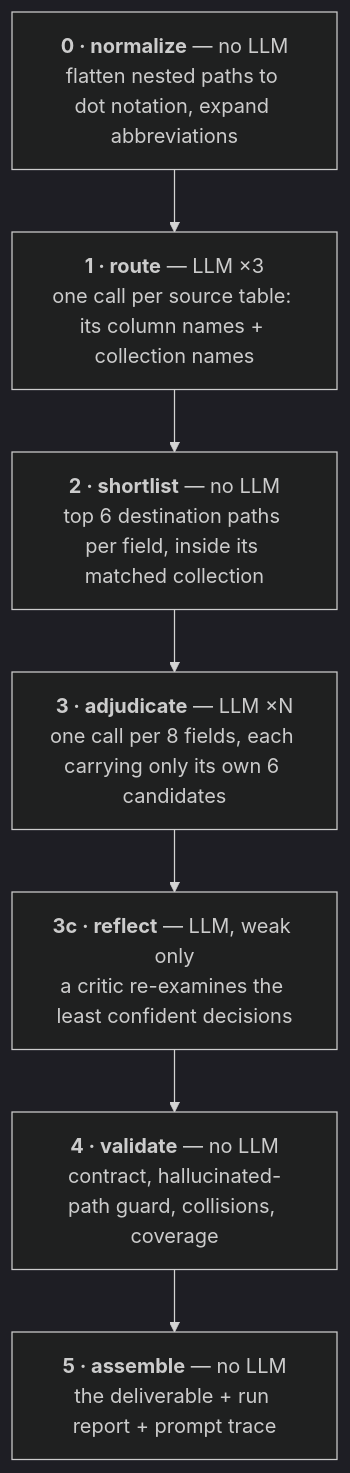
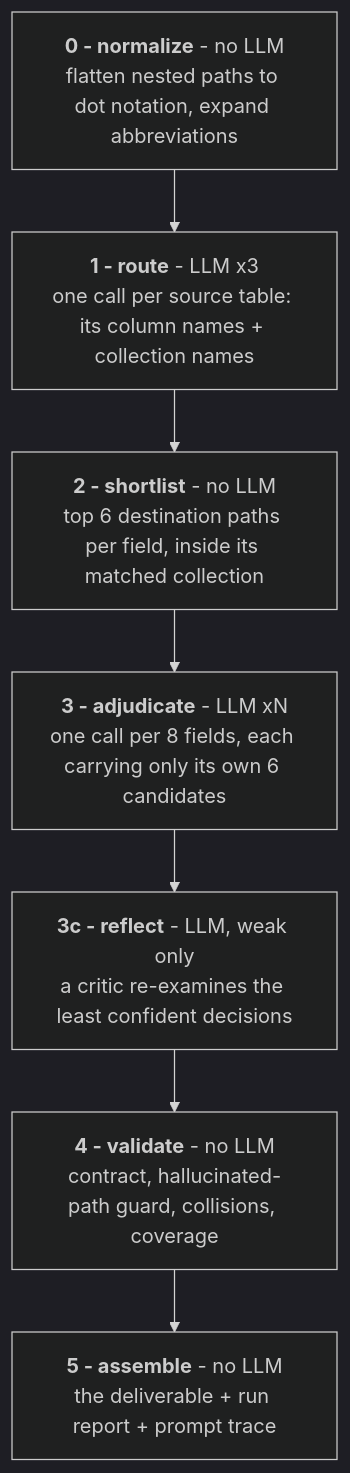
The first of 2 diagrams in README.md (Raviteja-Ainampudi/schema_field_mapper), drawn with Mermaid (dark theme) before and after one commit. The commit also changed 9 other files, not shown here.

First line of the commit message:
Refactor and enhance documentation for schema mapping tool

````diff
--- a/README.md
+++ b/README.md
@@ -36,12 +36,12 @@
 ```mermaid
 flowchart TD
-    s0["<b>0 · normalize</b> — no LLM<br/>flatten nested paths to dot notation, expand abbreviations"]
-    s1["<b>1 · route</b> — LLM ×3<br/>one call per source table: its column names + collection names"]
-    s2["<b>2 · shortlist</b> — no LLM<br/>top 6 destination paths per field, inside its matched collection"]
-    s3["<b>3 · adjudicate</b> — LLM ×N<br/>one call per 8 fields, each carrying only its own 6 candidates"]
-    s3c["<b>3c · reflect</b> — LLM, weak only<br/>a critic re-examines the least confident decisions"]
-    s4["<b>4 · validate</b> — no LLM<br/>contract, hallucinated-path guard, collisions, coverage"]
-    s5["<b>5 · assemble</b> — no LLM<br/>the deliverable + run report + prompt trace"]
+    s0["<b>0 - normalize</b> - no LLM<br/>flatten nested paths to dot notation, expand abbreviations"]
+    s1["<b>1 - route</b> - LLM x3<br/>one call per source table: its column names + collection names"]
+    s2["<b>2 - shortlist</b> - no LLM<br/>top 6 destination paths per field, inside its matched collection"]
+    s3["<b>3 - adjudicate</b> - LLM xN<br/>one call per 8 fields, each carrying only its own 6 candidates"]
+    s3c["<b>3c - reflect</b> - LLM, weak only<br/>a critic re-examines the least confident decisions"]
+    s4["<b>4 - validate</b> - no LLM<br/>contract, hallucinated-path guard, collisions, coverage"]
+    s5["<b>5 - assemble</b> - no LLM<br/>the deliverable + run report + prompt trace"]
 
     s0 --> s1 --> s2 --> s3 --> s3c --> s4 --> s5
 ```
````
